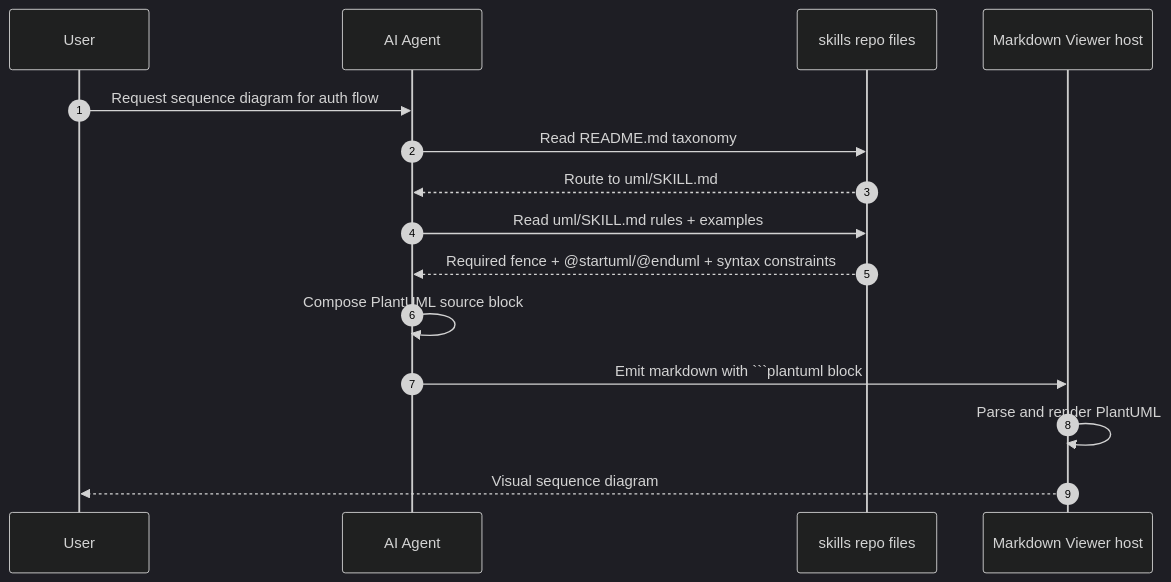
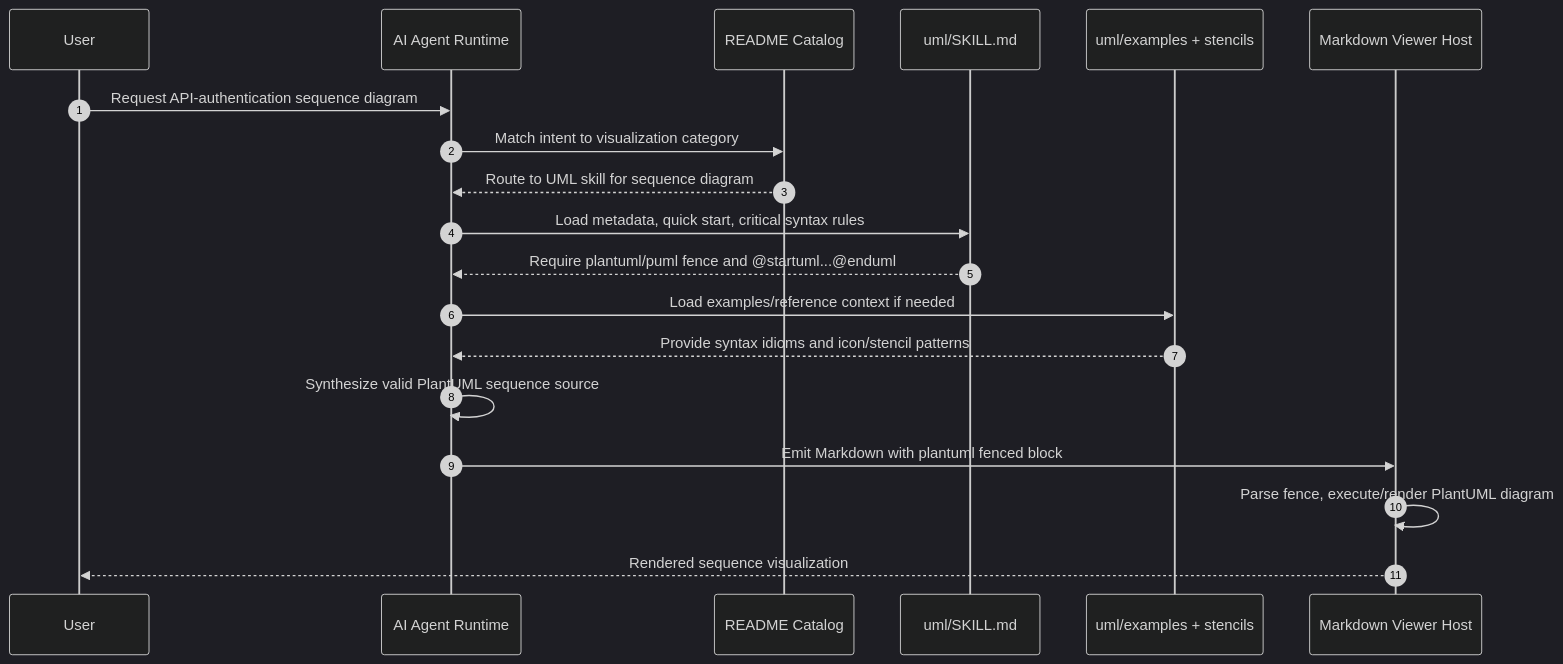
One commit to Martin-Mythos/research changed the second of 3 diagrams in markdown-viewer-architecture-study/artifacts/architecture_diagrams.md. Above: the diagram before and after it, drawn with Mermaid (dark theme). The commit also changed other lines of this file and 12 other files, not shown here.

Commit message:
Improve markdown-viewer architecture study evidence

````diff
--- a/markdown-viewer-architecture-study/artifacts/architecture_diagrams.md
+++ b/markdown-viewer-architecture-study/artifacts/architecture_diagrams.md
@@ -21,18 +66,22 @@
 ```mermaid
 sequenceDiagram
     autonumber
     participant User
-    participant Agent as AI Agent
-    participant Repo as skills repo files
-    participant Renderer as Markdown Viewer host
+    participant Agent as AI Agent Runtime
+    participant Catalog as README Catalog
+    participant Skill as uml/SKILL.md
+    participant Examples as uml/examples + stencils
+    participant Renderer as Markdown Viewer Host
 
-    User->>Agent: Request sequence diagram for auth flow
-    Agent->>Repo: Read README.md taxonomy
-    Repo-->>Agent: Route to uml/SKILL.md
-    Agent->>Repo: Read uml/SKILL.md rules + examples
-    Repo-->>Agent: Required fence + @startuml/@enduml + syntax constraints
-    Agent->>Agent: Compose PlantUML source block
-    Agent->>Renderer: Emit markdown with ```plantuml block
-    Renderer->>Renderer: Parse and render PlantUML
-    Renderer-->>User: Visual sequence diagram
+    User->>Agent: Request API-authentication sequence diagram
+    Agent->>Catalog: Match intent to visualization category
+    Catalog-->>Agent: Route to UML skill for sequence diagram
+    Agent->>Skill: Load metadata, quick start, critical syntax rules
+    Skill-->>Agent: Require plantuml/puml fence and @startuml...@enduml
+    Agent->>Examples: Load examples/reference context if needed
+    Examples-->>Agent: Provide syntax idioms and icon/stencil patterns
+    Agent->>Agent: Synthesize valid PlantUML sequence source
+    Agent->>Renderer: Emit Markdown with plantuml fenced block
+    Renderer->>Renderer: Parse fence, execute/render PlantUML diagram
+    Renderer-->>User: Rendered sequence visualization
 ```
````
